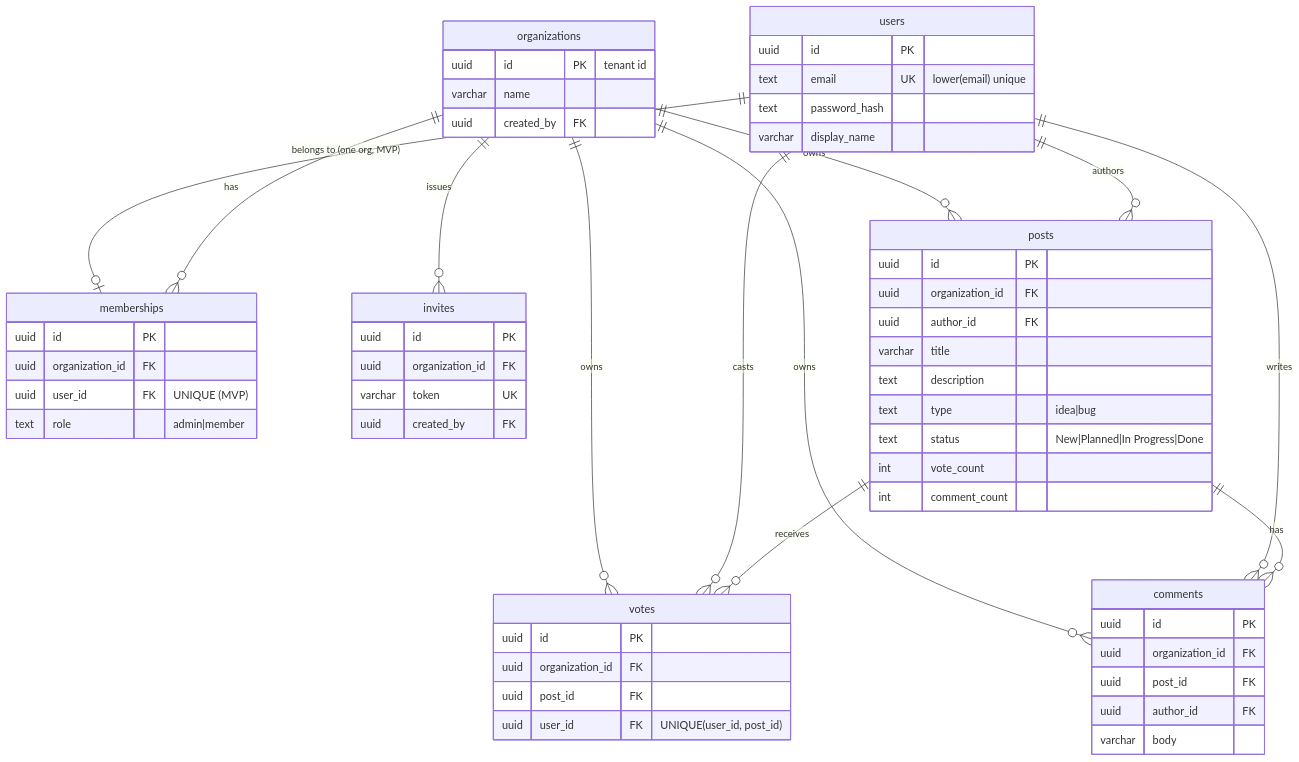
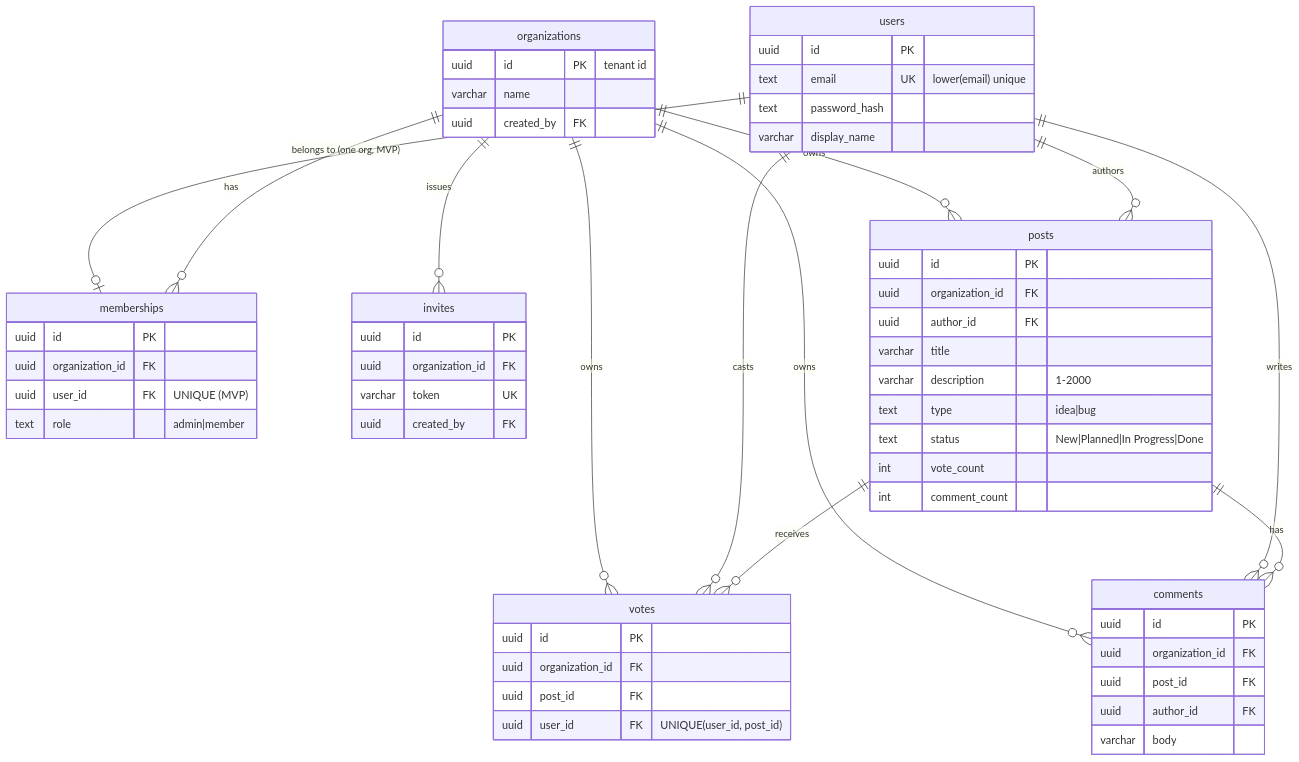
One commit to Gopi-Git001/feedback_borard changed the diagram in docs/project/architecture/data-model.md. Above: the diagram before and after it, drawn with Mermaid. The commit also changed other lines of this file, not shown here.

Commit message:
TASK-001: fix stale data-model text, document vote toggle

````diff
--- a/docs/project/architecture/data-model.md
+++ b/docs/project/architecture/data-model.md
@@ -108,61 +113,61 @@
 ```mermaid
 erDiagram
     users ||--o| memberships : "belongs to (one org, MVP)"
     organizations ||--o{ memberships : has
     organizations ||--o{ invites : issues
     organizations ||--o{ posts : owns
     organizations ||--o{ votes : owns
     organizations ||--o{ comments : owns
     users ||--o{ posts : authors
     users ||--o{ comments : writes
     users ||--o{ votes : casts
     posts ||--o{ votes : receives
     posts ||--o{ comments : has
     users {
         uuid id PK
         text email UK "lower(email) unique"
         text password_hash
         varchar display_name
     }
     organizations {
         uuid id PK "tenant id"
         varchar name
         uuid created_by FK
     }
     memberships {
         uuid id PK
         uuid organization_id FK
         uuid user_id FK "UNIQUE (MVP)"
         text role "admin|member"
     }
     invites {
         uuid id PK
         uuid organization_id FK
         varchar token UK
         uuid created_by FK
     }
     posts {
         uuid id PK
         uuid organization_id FK
         uuid author_id FK
         varchar title
-        text description
+        varchar description "1-2000"
         text type "idea|bug"
         text status "New|Planned|In Progress|Done"
         int vote_count
         int comment_count
     }
     votes {
         uuid id PK
         uuid organization_id FK
         uuid post_id FK
         uuid user_id FK "UNIQUE(user_id, post_id)"
     }
     comments {
         uuid id PK
         uuid organization_id FK
         uuid post_id FK
         uuid author_id FK
         varchar body
     }
 ```
````
